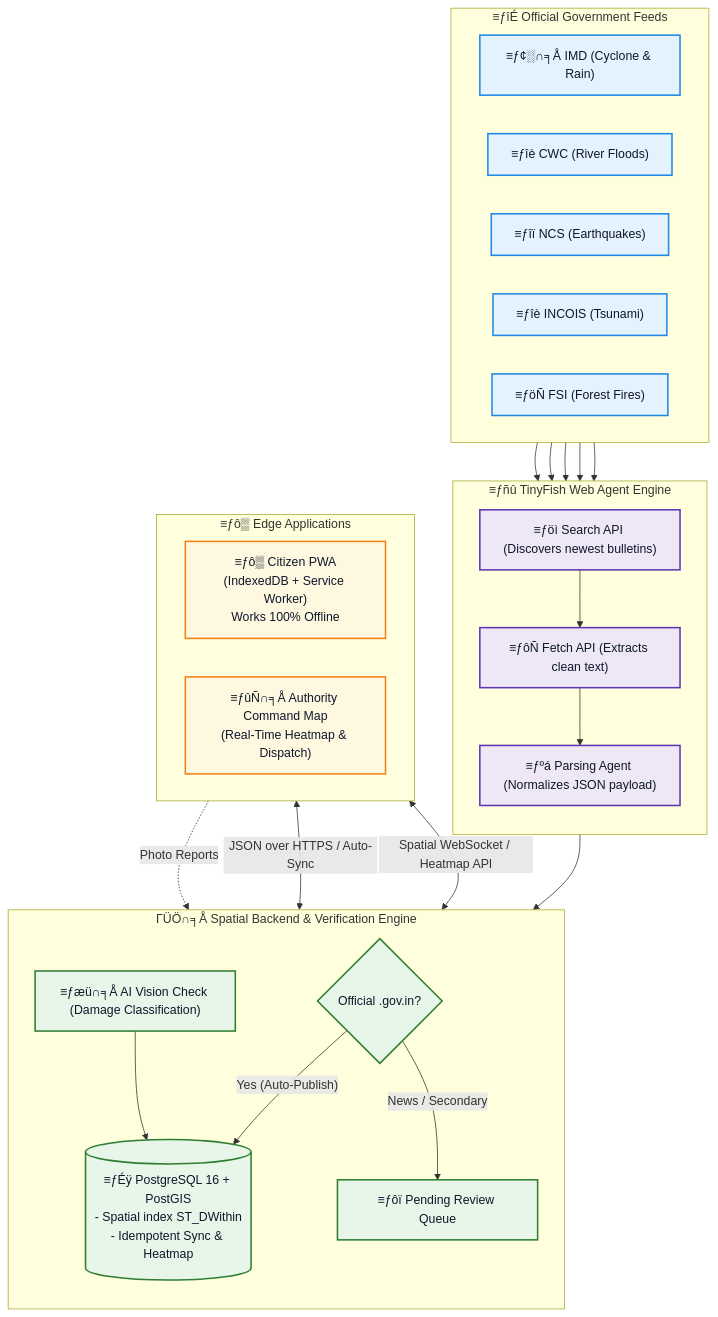
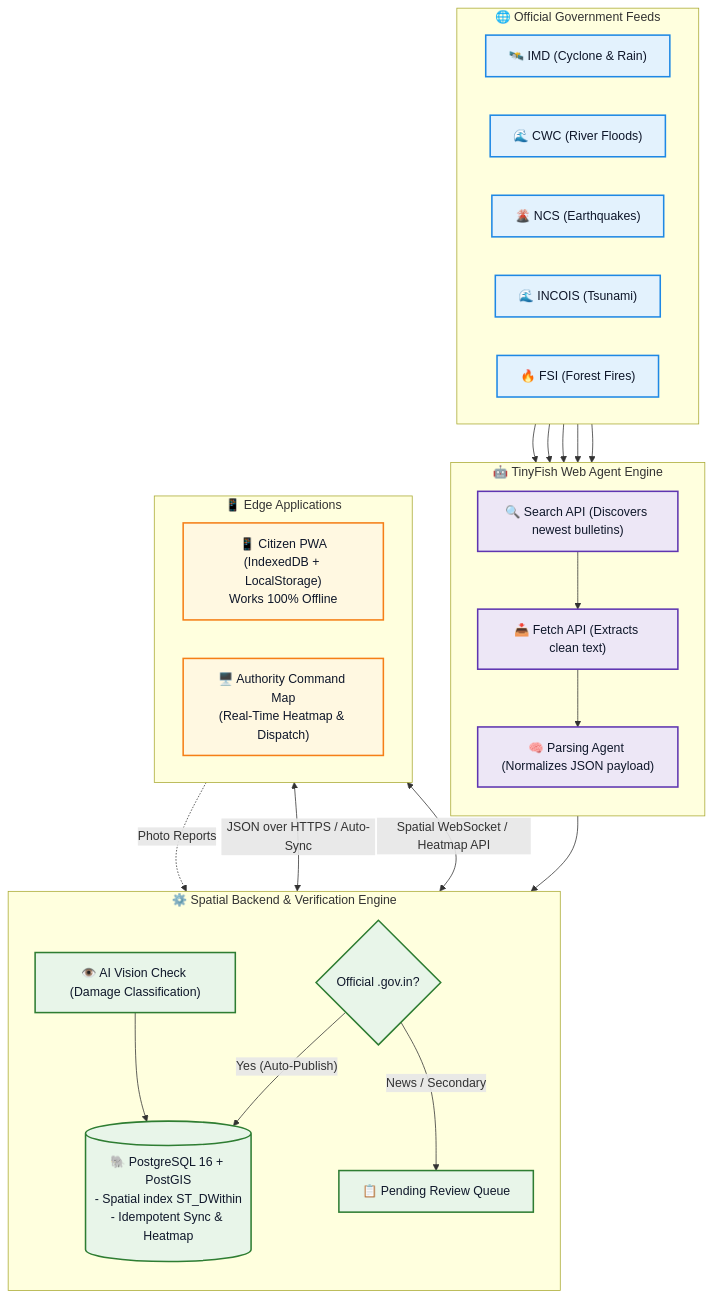
One commit to COOKEE-MJ/AAGAM_ changed the diagram in README.md. Above: the diagram before and after it, drawn with Mermaid. The commit also changed other lines of this file and 4 other files, not shown here.

````diff
--- a/README.md
+++ b/README.md
@@ -107,52 +226,57 @@
 ```mermaid
 flowchart TD
-    subgraph WEB["≡ƒîÉ Official Government Feeds"]
+    subgraph WEB["🌐 Official Government Feeds"]
         direction LR
-        IMD["≡ƒ¢░∩╕Å IMD (Cyclone & Rain)"]
-        CWC["≡ƒîè CWC (River Floods)"]
-        NCS["≡ƒîï NCS (Earthquakes)"]
-        INCOIS["≡ƒîè INCOIS (Tsunami)"]
-        FSI["≡ƒöÑ FSI (Forest Fires)"]
+        IMD["🛰️ IMD (Cyclone & Rain)"]
+        CWC["🌊 CWC (River Floods)"]
+        NCS["🌋 NCS (Earthquakes)"]
+        INCOIS["🌊 INCOIS (Tsunami)"]
+        FSI["🔥 FSI (Forest Fires)"]
     end
 
-    subgraph TINYFISH["≡ƒñû TinyFish Web Agent Engine"]
+    subgraph TINYFISH["🤖 TinyFish Web Agent Engine"]
         direction TB
-        TF_SEARCH["≡ƒöì Search API (Discovers newest bulletins)"]
-        TF_FETCH["≡ƒôÑ Fetch API (Extracts clean text)"]
-        TF_AGENT["≡ƒºá Parsing Agent (Normalizes JSON payload)"]
+        TF_SEARCH["🔍 Search API (Discovers newest bulletins)"]
+        TF_FETCH["📥 Fetch API (Extracts clean text)"]
+        TF_AGENT["🧠 Parsing Agent (Normalizes JSON payload)"]
         TF_SEARCH --> TF_FETCH --> TF_AGENT
     end
 
-    subgraph BACKEND["ΓÜÖ∩╕Å Spatial Backend & Verification Engine"]
+    subgraph BACKEND["⚙️ Spatial Backend & Verification Engine"]
         direction TB
         GATE{"Official .gov.in?"}
-        DB[("≡ƒÉÿ PostgreSQL 16 + PostGIS\n- Spatial index ST_DWithin\n- Idempotent Sync & Heatmap")]
-        AI_CHECK["≡ƒæü∩╕Å AI Vision Check (Damage Classification)"]
-        PENDING["≡ƒôï Pending Review Queue"]
+        DB[("🐘 PostgreSQL 16 + PostGIS
+- Spatial index ST_DWithin
+- Idempotent Sync & Heatmap")]
+        AI_CHECK["👁️ AI Vision Check (Damage Classification)"]
+        PENDING["📋 Pending Review Queue"]
         GATE -- "Yes (Auto-Publish)" --> DB
         GATE -- "News / Secondary" --> PENDING
         AI_CHECK --> DB
     end
 
-    subgraph APPS["≡ƒô▒ Edge Applications"]
+    subgraph APPS["📱 Edge Applications"]
         direction LR
-        CITIZEN["≡ƒô▒ Citizen PWA\n(IndexedDB + Service Worker)\nWorks 100% Offline"]
-        OFFICER["≡ƒûÑ∩╕Å Authority Command Map\n(Real-Time Heatmap & Dispatch)"]
+        CITIZEN["📱 Citizen PWA
+(IndexedDB + LocalStorage)
+Works 100% Offline"]
+        OFFICER["🖥️ Authority Command Map
+(Real-Time Heatmap & Dispatch)"]
     end
 
     IMD & CWC & NCS & INCOIS & FSI --> TF_SEARCH
     TF_AGENT --> GATE
     DB <-->|"JSON over HTTPS / Auto-Sync"| CITIZEN
     DB <-->|"Spatial WebSocket / Heatmap API"| OFFICER
     CITIZEN -.->|"Photo Reports"| AI_CHECK
 
     classDef lightBlue fill:#E3F2FD,stroke:#1E88E5,stroke-width:2px,color:#0F172A;
     classDef lightPurple fill:#EDE7F6,stroke:#5E35B1,stroke-width:2px,color:#0F172A;
     classDef lightGreen fill:#E8F5E9,stroke:#2E7D32,stroke-width:2px,color:#0F172A;
     classDef lightAmber fill:#FFF8E1,stroke:#F57F17,stroke-width:2px,color:#0F172A;
 
     class IMD,CWC,NCS,INCOIS,FSI lightBlue;
     class TF_SEARCH,TF_FETCH,TF_AGENT lightPurple;
     class GATE,DB,AI_CHECK,PENDING lightGreen;
     class CITIZEN,OFFICER lightAmber;
 ```
````
